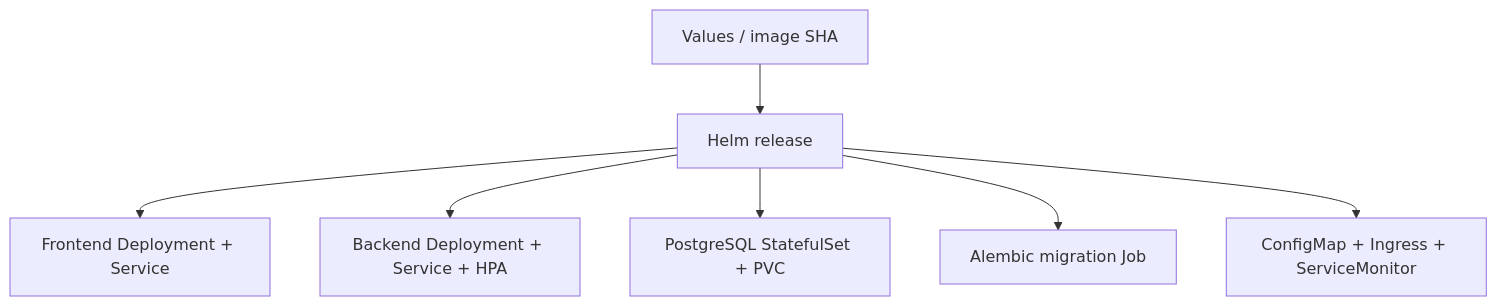
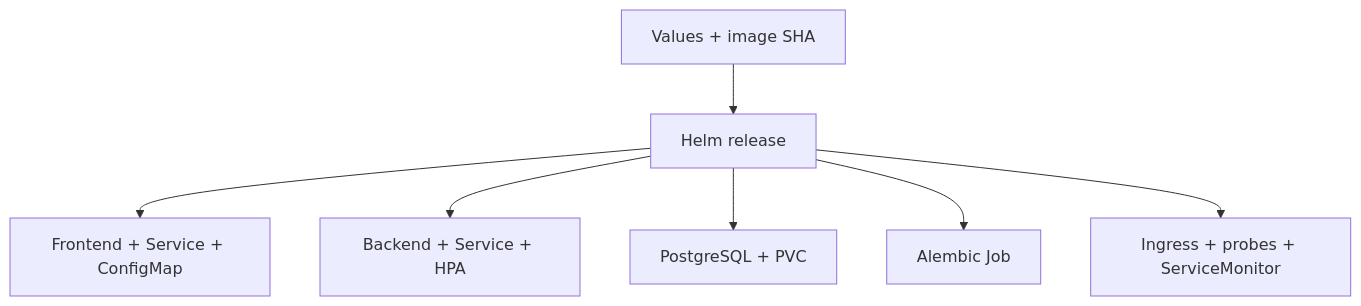
Before and after one commit to NoteLegend/devOps-TaskBoard: the diagram in helm/README.md, drawn with Mermaid. The commit also changed other lines of this file and 26 other files, not shown here.

````diff
--- a/helm/README.md
+++ b/helm/README.md
@@ -5,9 +11,9 @@
 ```mermaid
 flowchart TD
-  Values[Values / image SHA] --> Release[Helm release]
-  Release --> FE[Frontend Deployment + Service]
-  Release --> BE[Backend Deployment + Service + HPA]
-  Release --> DB[PostgreSQL StatefulSet + PVC]
-  Release --> Job[Alembic migration Job]
-  Release --> Routes[ConfigMap + Ingress + ServiceMonitor]
+  Values[Values + image SHA] --> Release[Helm release]
+  Release --> FE[Frontend + Service + ConfigMap]
+  Release --> BE[Backend + Service + HPA]
+  Release --> DB[PostgreSQL + PVC]
+  Release --> Migration[Alembic Job]
+  Release --> Operations[Ingress + probes + ServiceMonitor]
 ```
````
